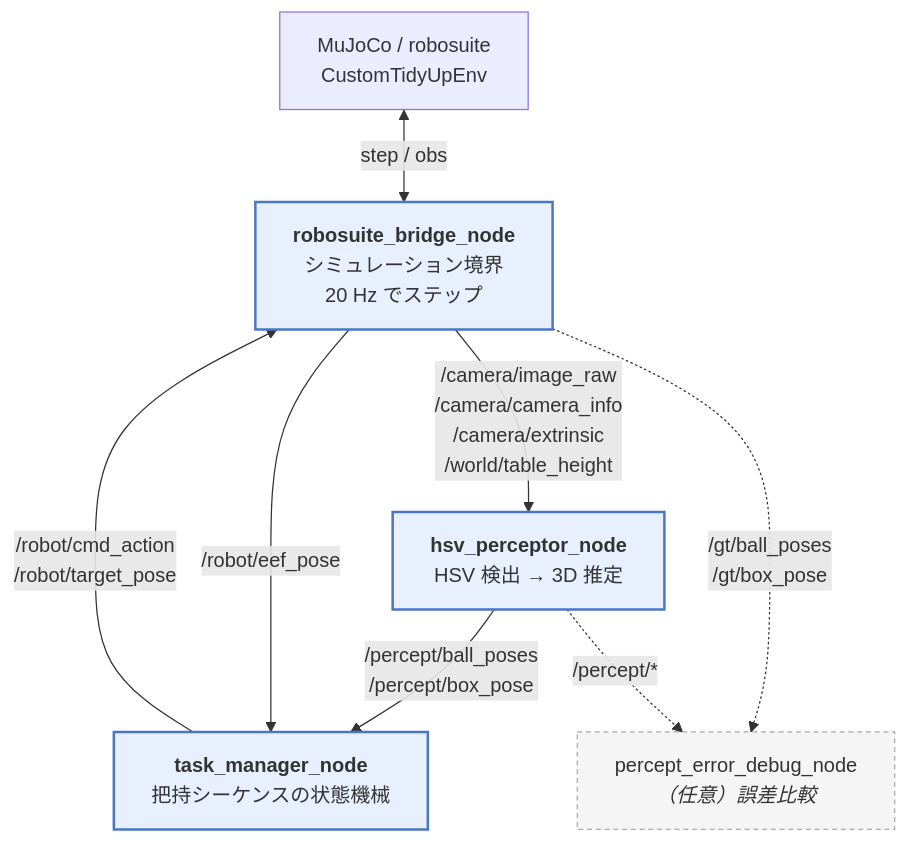
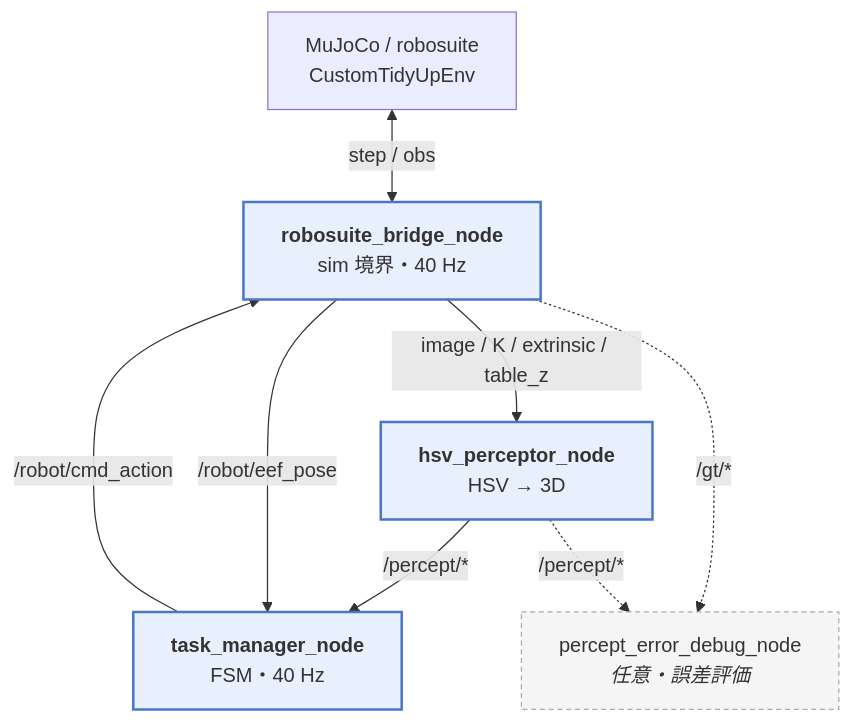
Before and after one commit to mimimimi2002/libero-ros2: the diagram in README.md, drawn with Mermaid. The commit also changed other lines of this file, not shown here.

````diff
--- a/README.md
+++ b/README.md
@@ -28,24 +64,22 @@
 ```mermaid
 flowchart TD
     SIM["MuJoCo / robosuite<br/>CustomTidyUpEnv"]
 
-    BR["<b>robosuite_bridge_node</b><br/>シミュレーション境界<br/>20 Hz でステップ"]
-    HSV["<b>hsv_perceptor_node</b><br/>HSV 検出 → 3D 推定"]
-    TM["<b>task_manager_node</b><br/>把持シーケンスの状態機械"]
-    DBG["percept_error_debug_node<br/><i>（任意）誤差比較</i>"]
+    BR["<b>robosuite_bridge_node</b><br/>sim 境界・40 Hz"]
+    HSV["<b>hsv_perceptor_node</b><br/>HSV → 3D"]
+    TM["<b>task_manager_node</b><br/>FSM・40 Hz"]
+    DBG["percept_error_debug_node<br/><i>任意・誤差評価</i>"]
 
     SIM <-->|"step / obs"| BR
-
-    BR -->|"/camera/image_raw<br/>/camera/camera_info<br/>/camera/extrinsic<br/>/world/table_height"| HSV
-    HSV -->|"/percept/ball_poses<br/>/percept/box_pose"| TM
+    BR -->|"image / K / extrinsic / table_z"| HSV
+    HSV -->|"/percept/*"| TM
     BR -->|"/robot/eef_pose"| TM
-    TM -->|"/robot/cmd_action<br/>/robot/target_pose"| BR
-
-    BR -.->|"/gt/ball_poses<br/>/gt/box_pose"| DBG
+    TM -->|"/robot/cmd_action"| BR
+    BR -.->|"/gt/*"| DBG
     HSV -.->|"/percept/*"| DBG
 
     classDef main fill:#e8f0fe,stroke:#4a76c8,stroke-width:2px
     classDef opt fill:#f5f5f5,stroke:#aaa,stroke-dasharray:4 3
     class BR,HSV,TM main
     class DBG opt
 ```
````
